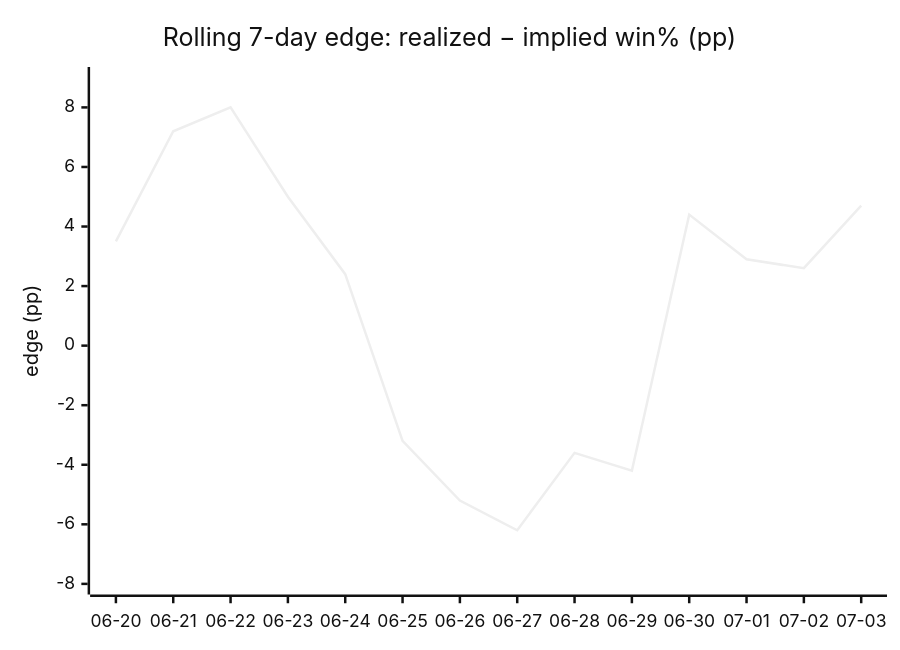
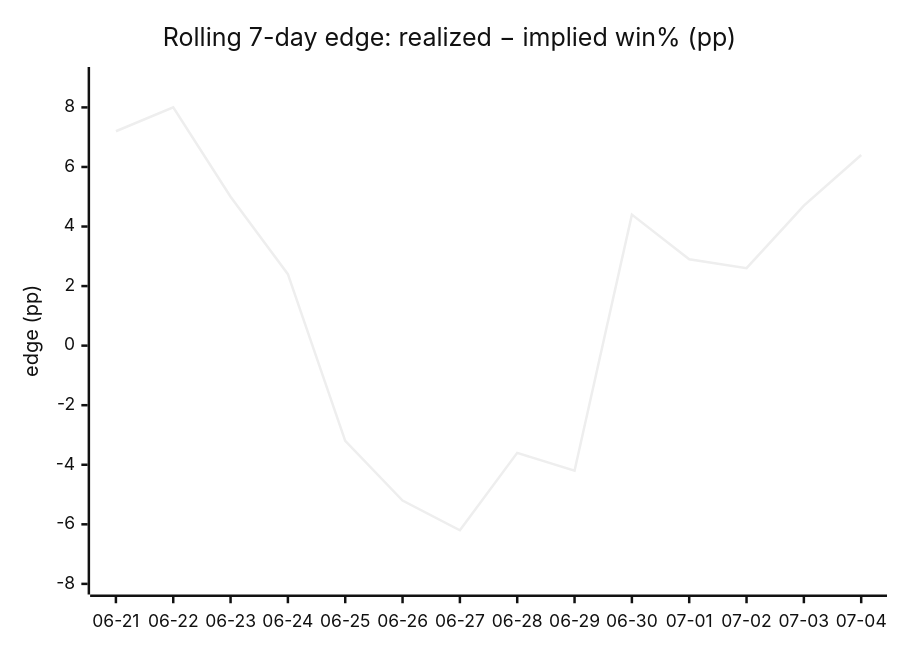
Before and after one commit to dpk1212/nhl-savant: the fifth of 5 diagrams in DAILY_AGSU_REPORT.md, drawn with Mermaid (neutral theme). The commit also changed other lines of this file, not shown here.

````diff
--- a/DAILY_AGSU_REPORT.md
+++ b/DAILY_AGSU_REPORT.md
@@ -542,7 +543,7 @@
 ```mermaid
 xychart-beta
     title "Rolling 7-day edge: realized − implied win% (pp)"
-    x-axis ["06-20", "06-21", "06-22", "06-23", "06-24", "06-25", "06-26", "06-27", "06-28", "06-29", "06-30", "07-01", "07-02", "07-03"]
+    x-axis ["06-21", "06-22", "06-23", "06-24", "06-25", "06-26", "06-27", "06-28", "06-29", "06-30", "07-01", "07-02", "07-03", "07-04"]
     y-axis "edge (pp)" -8 --> 9
-    line [3.5, 7.2, 8, 5, 2.4, -3.2, -5.2, -6.2, -3.6, -4.2, 4.4, 2.9, 2.6, 4.7]
+    line [7.2, 8, 5, 2.4, -3.2, -5.2, -6.2, -3.6, -4.2, 4.4, 2.9, 2.6, 4.7, 6.4]
 ```
````
